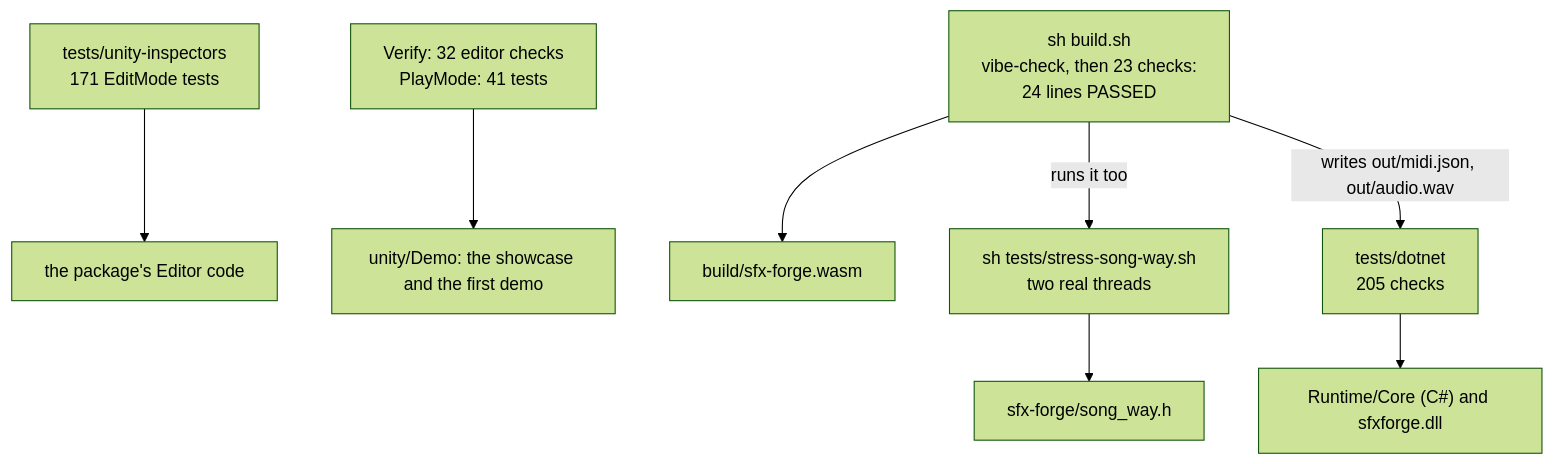
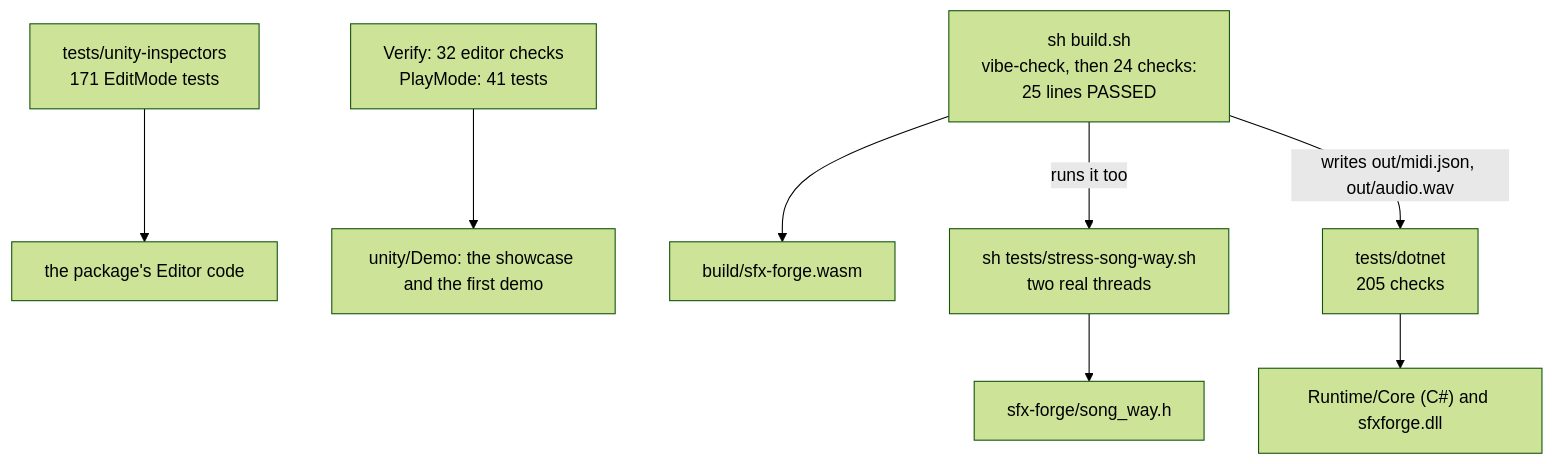
Before and after one commit to Cat-Splat-Studios/sfx-forge: the first of 2 diagrams in wiki/Running-The-Tests.md, drawn with Mermaid (forest theme). The commit also changed other lines of this file and 30 other files, not shown here.

````diff
--- a/wiki/Running-The-Tests.md
+++ b/wiki/Running-The-Tests.md
@@ -11,20 +11,20 @@
 ```mermaid
 flowchart TB
   fw["build/sfx-forge.wasm"]
   way["sfx-forge/song_way.h"]
   corecs["Runtime/Core (C#) and sfxforge.dll"]
   editor["the package's Editor code"]
   demo["unity/Demo: the showcase and the first demo"]
-  t1["sh build.sh<br/>vibe-check, then 23 checks:<br/>24 lines PASSED"]
+  t1["sh build.sh<br/>vibe-check, then 24 checks:<br/>25 lines PASSED"]
   t2["sh tests/stress-song-way.sh<br/>two real threads"]
   t3["tests/dotnet<br/>205 checks"]
   t4["tests/unity-inspectors<br/>171 EditMode tests"]
   t5["Verify: 32 editor checks<br/>PlayMode: 41 tests"]
   t1 --> fw
   t2 --> way
   t1 -->|"runs it too"| t2
   t1 -->|"writes out/midi.json, out/audio.wav"| t3
   t3 --> corecs
   t4 --> editor
   t5 --> demo
 ```
````
